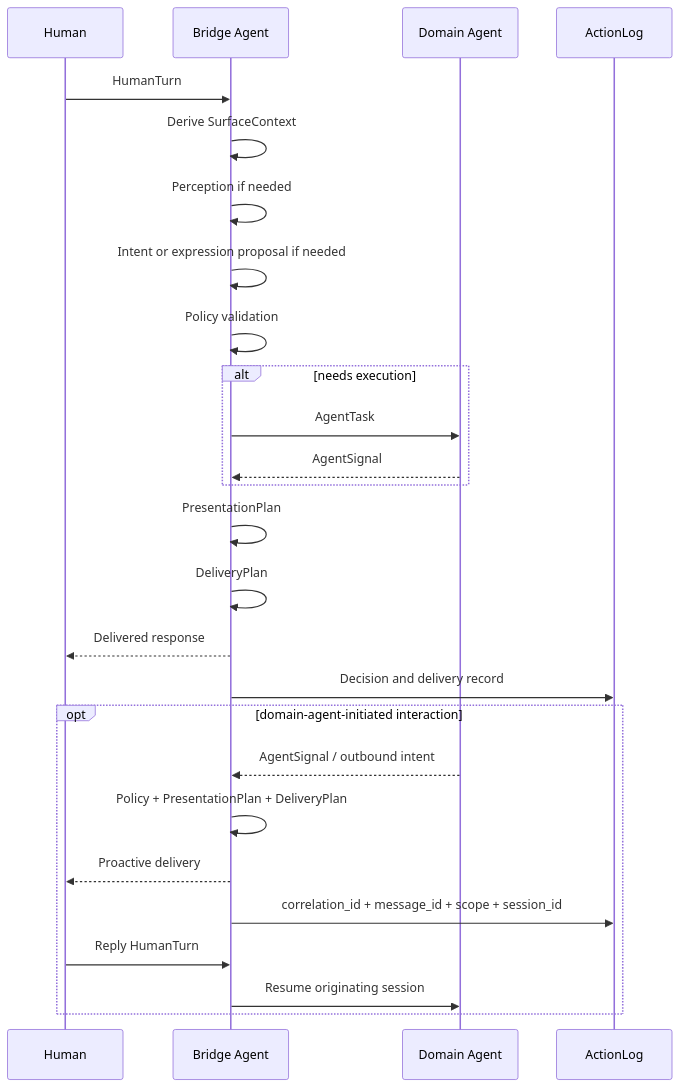
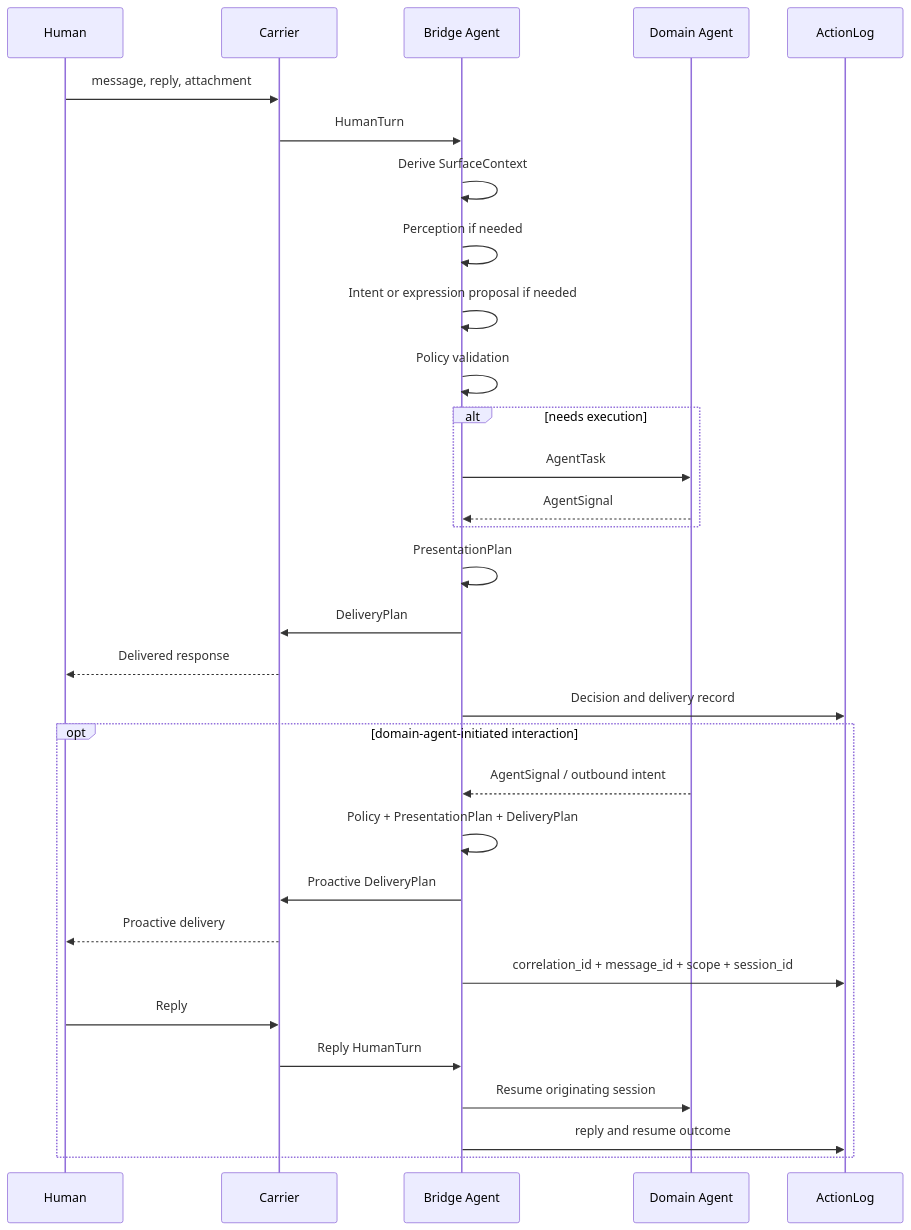
The second of 2 diagrams in architecture/agentic-ontology.md (cloudsbeyond/agent-interaction-bridge), drawn with Mermaid before and after one commit. The commit also changed other lines of this file and 5 other files, not shown here.

Commit message:
docs: align product and architecture contracts

````diff
--- a/architecture/agentic-ontology.md
+++ b/architecture/agentic-ontology.md
@@ -411,30 +422,35 @@
 ```mermaid
 sequenceDiagram
   participant H as Human
+  participant C as Carrier
   participant B as Bridge Agent
   participant D as Domain Agent
   participant L as ActionLog
 
-  H->>B: HumanTurn
+  H->>C: message, reply, attachment
+  C->>B: HumanTurn
   B->>B: Derive SurfaceContext
   B->>B: Perception if needed
   B->>B: Intent or expression proposal if needed
   B->>B: Policy validation
   alt needs execution
     B->>D: AgentTask
     D-->>B: AgentSignal
   end
   B->>B: PresentationPlan
-  B->>B: DeliveryPlan
-  B-->>H: Delivered response
+  B->>C: DeliveryPlan
+  C-->>H: Delivered response
   B->>L: Decision and delivery record
 
   opt domain-agent-initiated interaction
     D-->>B: AgentSignal / outbound intent
     B->>B: Policy + PresentationPlan + DeliveryPlan
-    B-->>H: Proactive delivery
+    B->>C: Proactive DeliveryPlan
+    C-->>H: Proactive delivery
     B->>L: correlation_id + message_id + scope + session_id
-    H->>B: Reply HumanTurn
+    H->>C: Reply
+    C->>B: Reply HumanTurn
     B->>D: Resume originating session
+    B->>L: reply and resume outcome
   end
 ```
````
